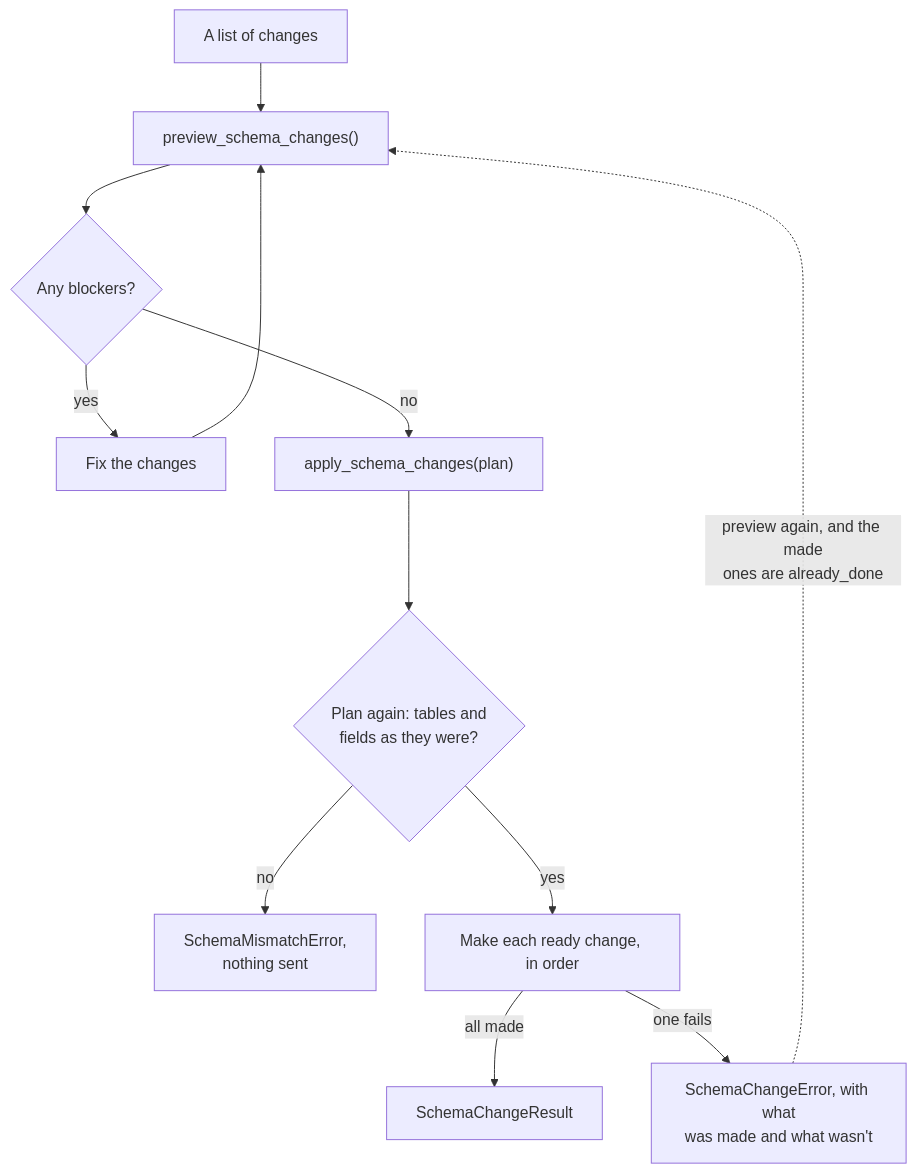
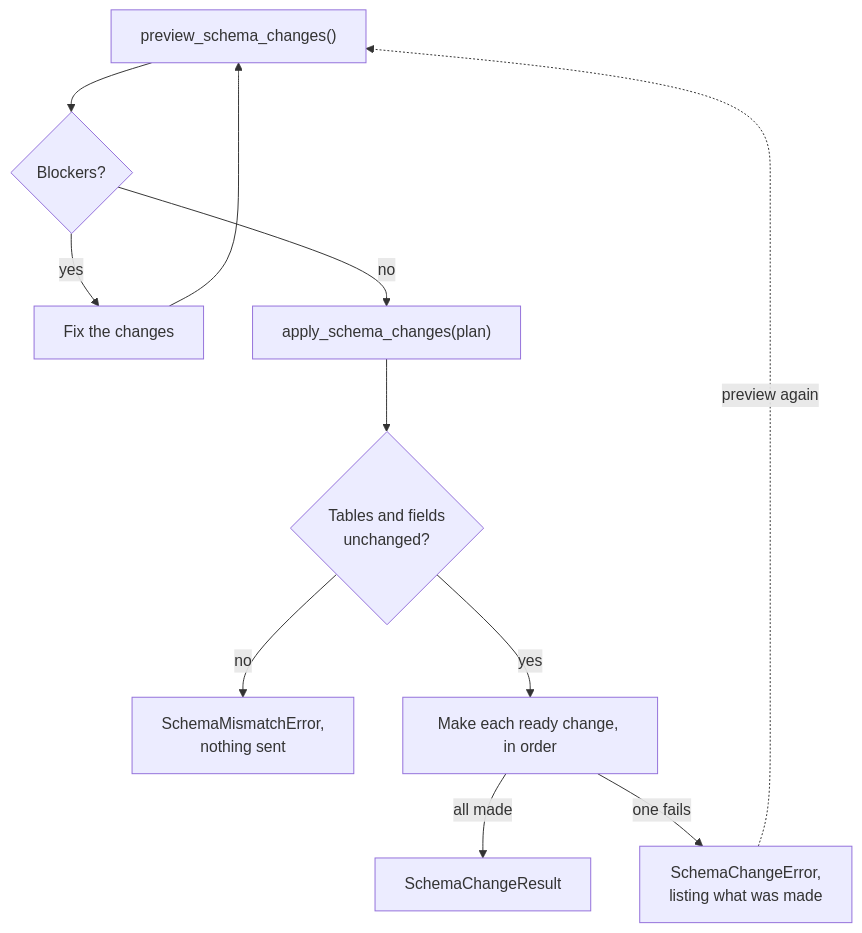
Before and after one commit to matthew-williams-solutions/pyquickbase: the third of 3 diagrams in docs/guides/schema.md, drawn with Mermaid. The commit also changed other lines of this file and 12 other files, not shown here.

First line of the commit message:
Redraw the diagrams to be legible, and add ones where the docs need them

````diff
--- a/docs/guides/schema.md
+++ b/docs/guides/schema.md
@@ -288,13 +296,12 @@
 ```mermaid
 flowchart TD
-    C[A list of changes] --> P["preview_schema_changes()"]
-    P --> B{Any blockers?}
+    P["preview_schema_changes()"] --> B{Blockers?}
     B -- yes --> F[Fix the changes] --> P
     B -- no --> A["apply_schema_changes(plan)"]
-    A --> S{"Plan again: tables and<br/>fields as they were?"}
+    A --> S{"Tables and fields<br/>unchanged?"}
     S -- no --> M["SchemaMismatchError,<br/>nothing sent"]
     S -- yes --> G[Make each ready change, in order]
     G -- all made --> OK[SchemaChangeResult]
-    G -- one fails --> E["SchemaChangeError, with what<br/>was made and what wasn't"]
-    E -. preview again, and the made<br/>ones are already_done .-> P
+    G -- one fails --> E["SchemaChangeError,<br/>listing what was made"]
+    E -. preview again .-> P
 ```
````
